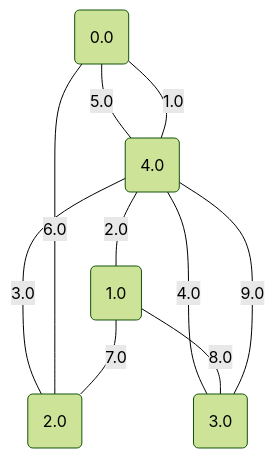
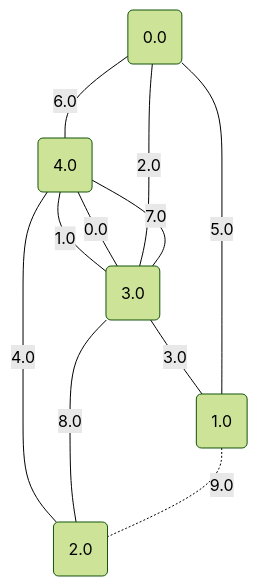
One commit to metury/graphs changed diagram 12 of 17 in project/src/testing/minCutPetersen.md. Above: the diagram before and after it, drawn with Mermaid (forest theme). The commit also changed other lines of this file and 78 other files, not shown here.

````diff
--- a/project/src/testing/minCutPetersen.md
+++ b/project/src/testing/minCutPetersen.md
@@ -314,17 +314,18 @@
 ```mermaid
 graph TD;
 0("0.0");
 1("1.0");
 2("2.0");
 3("3.0");
 4("4.0");
-	4 -- "1.0" --- 0;
-	4 -- "2.0" --- 1;
-	4 -- "3.0" --- 2;
-	4 -- "4.0" --- 3;
-	0 -- "5.0" --- 4;
-	0 -- "6.0" --- 2;
-	1 -- "7.0" --- 2;
-	1 -- "8.0" --- 3;
-	4 -- "9.0" --- 3;
+	3 -- "0.0" --- 4;
+	4 -- "1.0" --- 3;
+	3 -- "2.0" --- 0;
+	3 -- "3.0" --- 1;
+	4 -- "4.0" --- 2;
+	0 -- "5.0" --- 1;
+	0 -- "6.0" --- 4;
+	3 -- "7.0" --- 4;
+	3 -- "8.0" --- 2;
+	1 -. "9.0" -.- 2;
 ```
````
